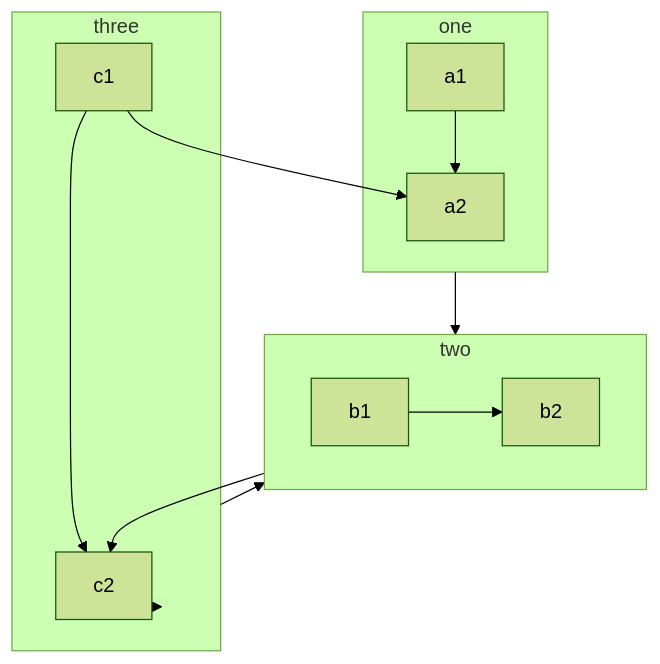
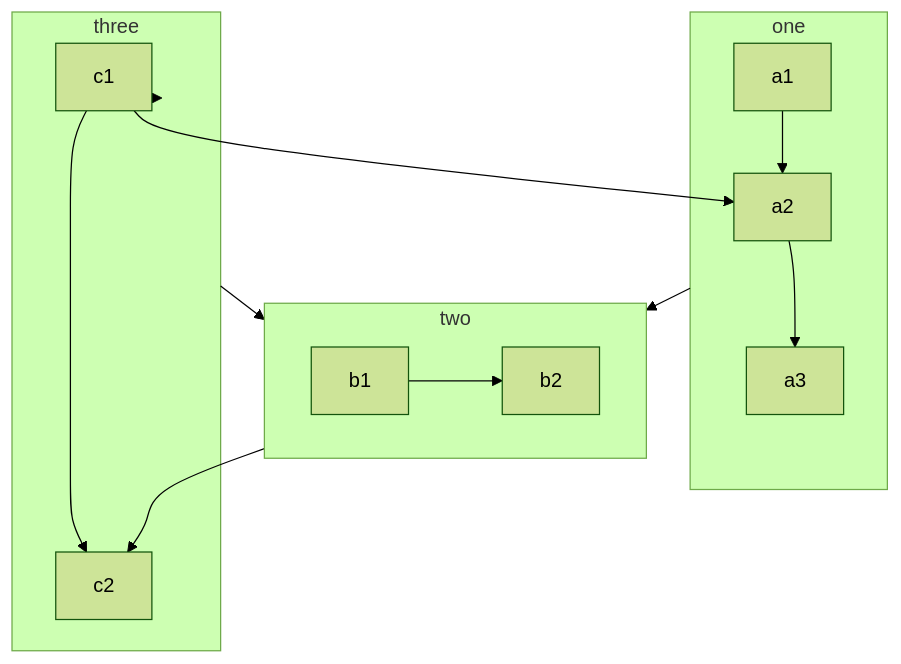
The diagram in flowchart.mmd (rhoenkelevra/pre_commit), drawn with Mermaid (forest theme) before and after one commit.

Commit message:
added new item to chart

```diff
--- a/flowchart.mmd
+++ b/flowchart.mmd
@@ -1,15 +1,16 @@
 flowchart TB
     c1-->a2
     subgraph one
     a1-->a2
+    a2-->a3
     end
     subgraph two
     b1-->b2
     end
     subgraph three
     c1-->c2
     end
     one --> two
     three --> two
     two --> c2
-    three --> c2
+    three --> c1
```
